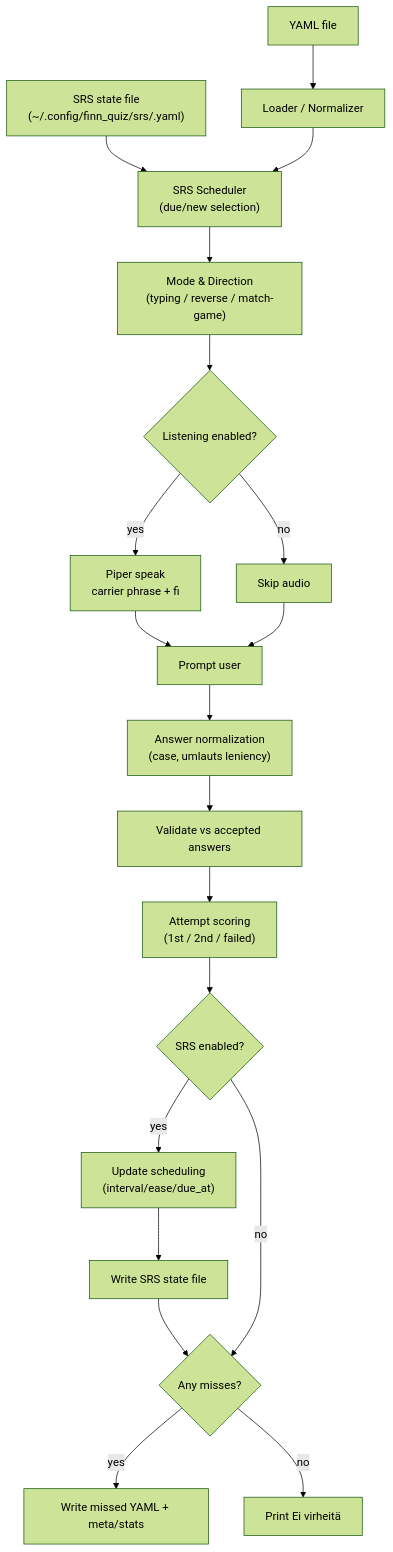
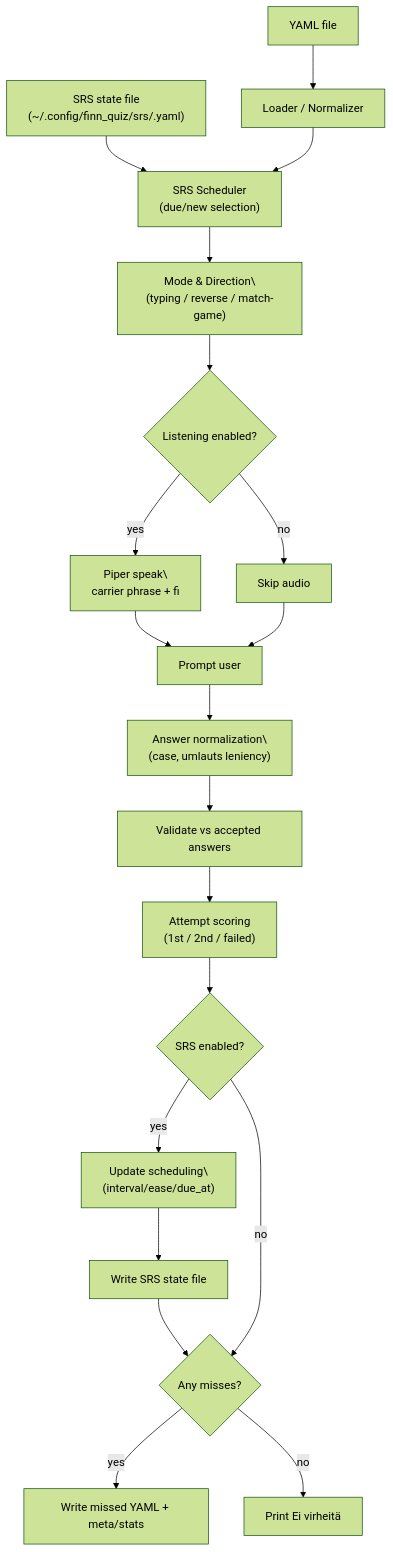
One commit to wbrisett/linguatrain changed the diagram in README.md. Above: the diagram before and after it, drawn with Mermaid (forest theme).

````diff
--- a/README.md
+++ b/README.md
@@ -218,26 +218,26 @@
 ```mermaid
 flowchart TD
   A["YAML file"] --> B["Loader / Normalizer"]
 
   S["SRS state file\n(~/.config/finn_quiz/srs/<pack>.yaml)"] --> T["SRS Scheduler\n(due/new selection)"]
   B --> T
 
-  T --> C["Mode & Direction\n(typing / reverse / match-game)"]
+  T --> C["Mode & Direction\\n(typing / reverse / match-game)"]
   C --> D{"Listening enabled?"}
-  D -- yes --> E["Piper speak\ncarrier phrase + fi"]
+  D -- yes --> E["Piper speak\\ncarrier phrase + fi"]
   D -- no --> F["Skip audio"]
   E --> G["Prompt user"]
   F --> G["Prompt user"]
-  G --> H["Answer normalization\n(case, umlauts leniency)"]
+  G --> H["Answer normalization\\n(case, umlauts leniency)"]
   H --> I["Validate vs accepted answers"]
   I --> J["Attempt scoring\n(1st / 2nd / failed)"]
 
   J --> U{"SRS enabled?"}
-  U -- yes --> V["Update scheduling\n(interval/ease/due_at)"]
+  U -- yes --> V["Update scheduling\\n(interval/ease/due_at)"]
   V --> W["Write SRS state file"]
   W --> K{"Any misses?"}
 
   U -- no --> K
   K -- yes --> L["Write missed YAML + meta/stats"]
   K -- no --> M["Print Ei virheitä"]
 ```
````
